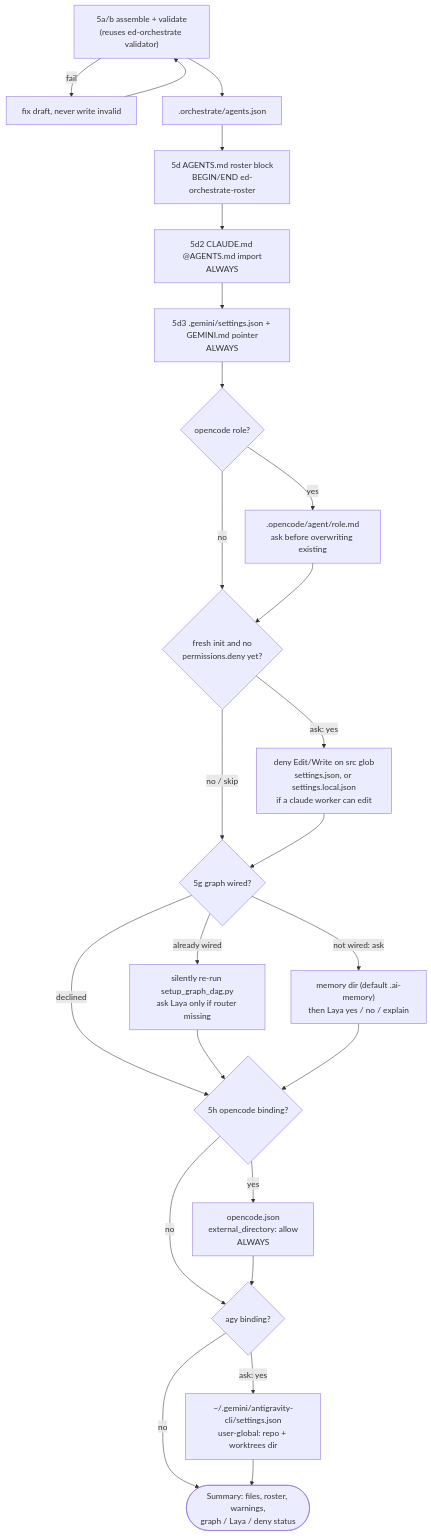
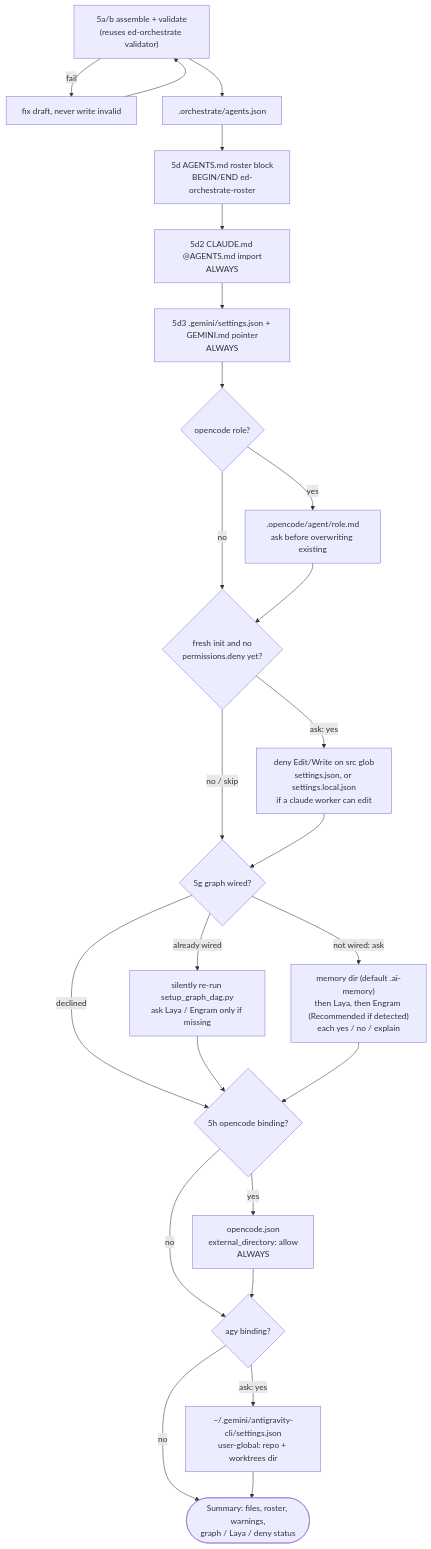
Before and after one commit to edmret/ed-orchestrate: the third of 4 diagrams in skills/ed-orchestrate-init/references/flow-diagrams.md, drawn with Mermaid. The commit also changed 9 other files, not shown here.

First line of the commit message:
feat: optional Engram persistent-memory section in graph-DAG setup

````diff
--- a/skills/ed-orchestrate-init/references/flow-diagrams.md
+++ b/skills/ed-orchestrate-init/references/flow-diagrams.md
@@ -56,26 +56,26 @@
 ```mermaid
 flowchart TD
     G0["5a/b assemble + validate<br/>(reuses ed-orchestrate validator)"] -->|fail| FIX["fix draft, never write invalid"] --> G0
     G0 --> W1[".orchestrate/agents.json"]
     W1 --> W2["5d AGENTS.md roster block<br/>BEGIN/END ed-orchestrate-roster"]
     W2 --> W3["5d2 CLAUDE.md @AGENTS.md import<br/>ALWAYS"]
     W3 --> W4["5d3 .gemini/settings.json + GEMINI.md pointer<br/>ALWAYS"]
     W4 --> Q1{"opencode role?"}
     Q1 -->|yes| W5[".opencode/agent/role.md<br/>ask before overwriting existing"]
     Q1 -->|no| Q2
     W5 --> Q2{"fresh init and no<br/>permissions.deny yet?"}
     Q2 -->|"ask: yes"| W6["deny Edit/Write on src glob<br/>settings.json, or settings.local.json<br/>if a claude worker can edit"]
     Q2 -->|"no / skip"| Q3
     W6 --> Q3{"5g graph wired?"}
-    Q3 -->|"already wired"| W7["silently re-run setup_graph_dag.py<br/>ask Laya only if router missing"]
-    Q3 -->|"not wired: ask"| W8["memory dir (default .ai-memory)<br/>then Laya yes / no / explain"]
+    Q3 -->|"already wired"| W7["silently re-run setup_graph_dag.py<br/>ask Laya / Engram only if missing"]
+    Q3 -->|"not wired: ask"| W8["memory dir (default .ai-memory)<br/>then Laya, then Engram (Recommended if detected)<br/>each yes / no / explain"]
     Q3 -->|"declined"| Q4
     W7 --> Q4
     W8 --> Q4
     Q4{"5h opencode binding?"} -->|yes| W9["opencode.json<br/>external_directory: allow<br/>ALWAYS"]
     Q4 -->|no| Q5
     W9 --> Q5{"agy binding?"}
     Q5 -->|"ask: yes"| W10["~/.gemini/antigravity-cli/settings.json<br/>user-global: repo + worktrees dir"]
     Q5 -->|no| SUM
     W10 --> SUM(["Summary: files, roster, warnings,<br/>graph / Laya / deny status"])
 ```
````
